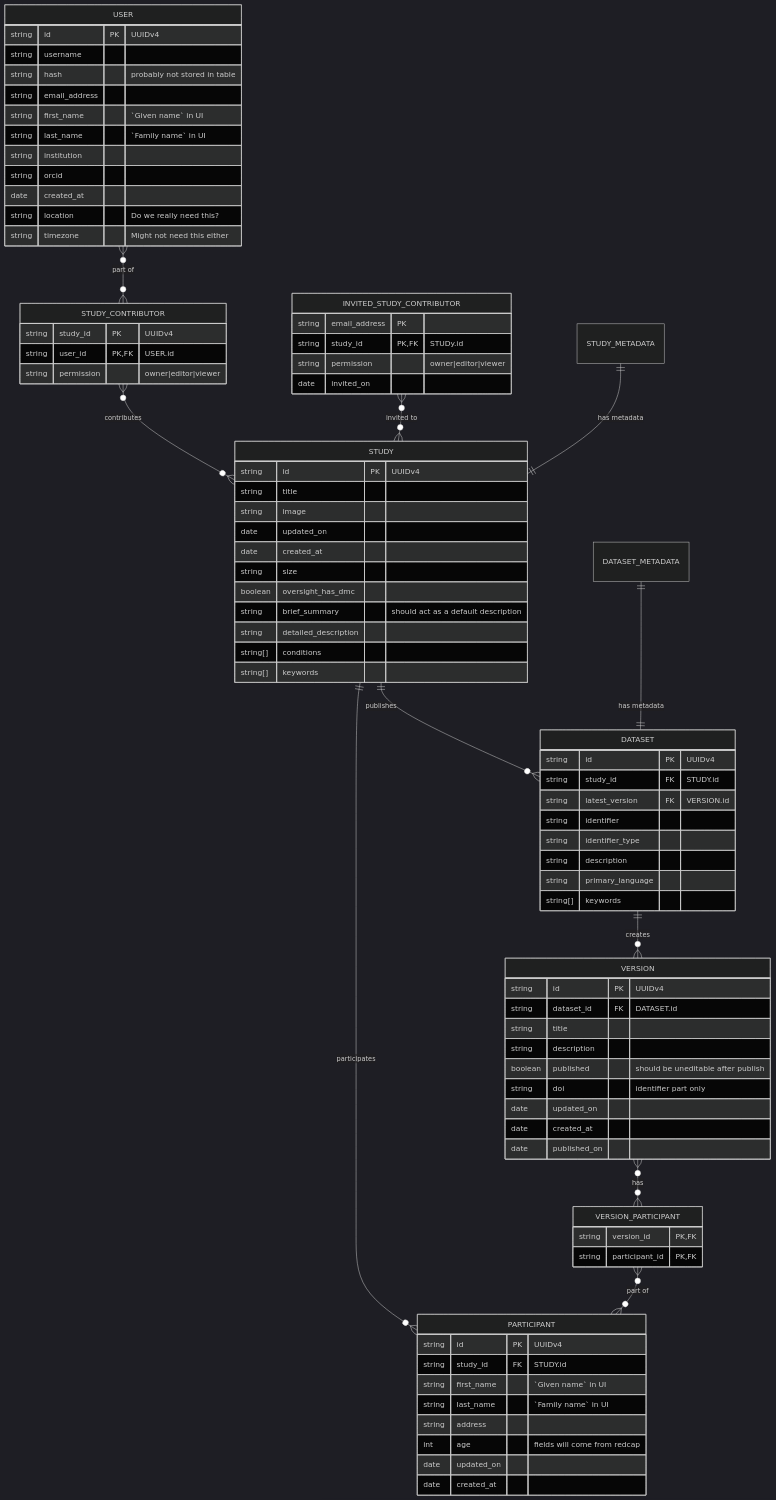
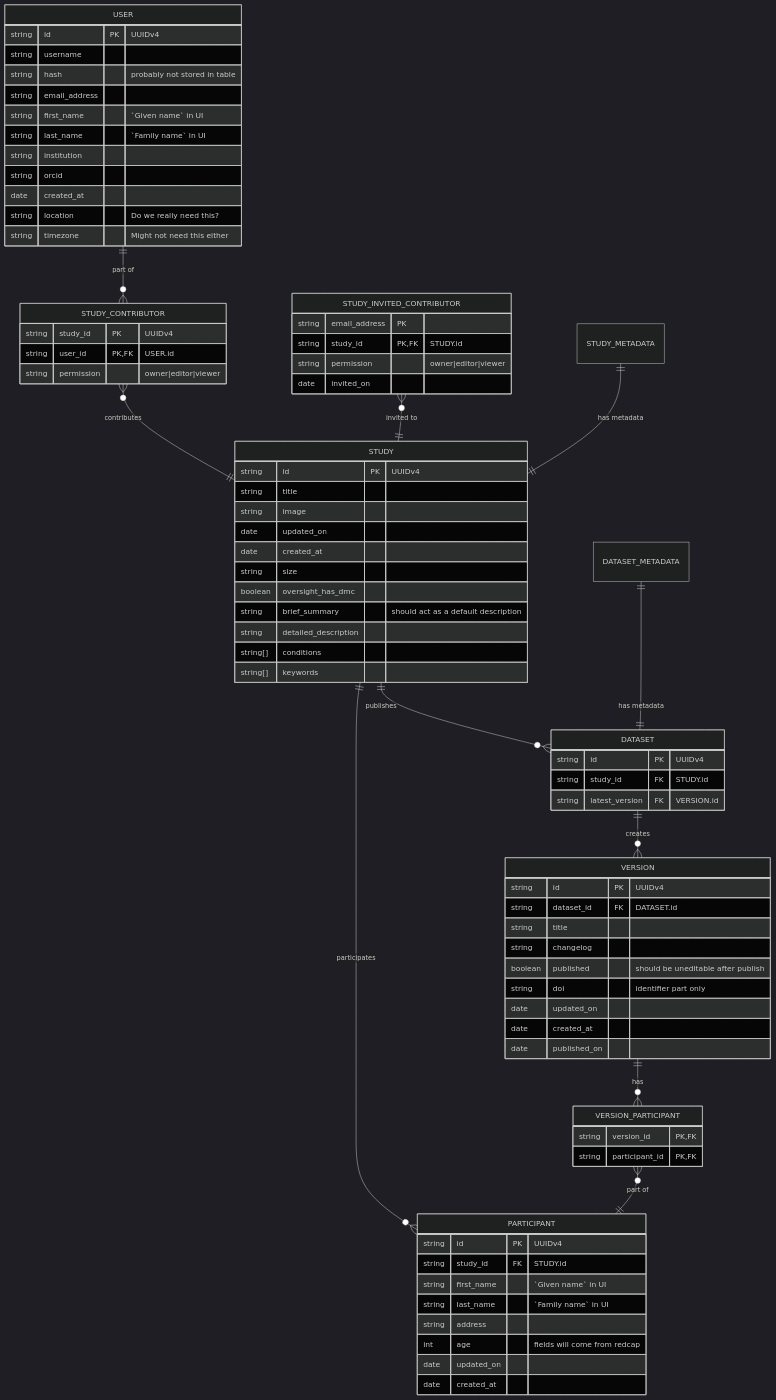
Before and after one commit to AI-READI/fairhub-developer: the diagram in docs/mermaid/database-er.mmd, drawn with Mermaid (dark theme). The commit also changed 3 other files, not shown here.

Commit message:
feat: ✨ update dataset schema

```diff
--- a/docs/mermaid/database-er.mmd
+++ b/docs/mermaid/database-er.mmd
@@ -1,95 +1,90 @@
 erDiagram
     STUDY {
         string id PK "UUIDv4"
         string title
         string image
         date updated_on
         date created_at
         string size
         boolean oversight_has_dmc
         string brief_summary "should act as a default description"
         string detailed_description
         string[] conditions
         string[] keywords
     }
 
     USER {
         string id PK "UUIDv4"
         string username
         string hash "probably not stored in table"
         string email_address
         string first_name "`Given name` in UI"
         string last_name "`Family name` in UI"
         string institution
         string orcid
         date created_at
         string location "Do we really need this?"
         string timezone "Might not need this either"
     }
 
     STUDY_CONTRIBUTOR {
         string study_id PK "UUIDv4"
         string user_id PK,FK "USER.id"
         string permission "owner|editor|viewer"
     }
 
-    INVITED_STUDY_CONTRIBUTOR {
+    STUDY_INVITED_CONTRIBUTOR {
         string email_address PK
-        string study_id PK,FK "STUDy.id"
+        string study_id PK,FK "STUDY.id"
         string permission "owner|editor|viewer"
         date invited_on
     }
 
     PARTICIPANT {
         string id PK "UUIDv4"
         string study_id FK "STUDY.id"
         string first_name "`Given name` in UI"
         string last_name "`Family name` in UI"
         string address
         int age "fields will come from redcap"
         date updated_on
         date created_at
     }
 
     DATASET {
         string id PK "UUIDv4"
         string study_id FK "STUDY.id"
         string latest_version FK "VERSION.id"
-        string identifier
-        string identifier_type
-        string description
-        string primary_language
-        string[] keywords
     }
 
     VERSION {
         string id PK "UUIDv4"
         string dataset_id FK "DATASET.id"
         string title
-        string description
+        string changelog
         boolean published "should be uneditable after publish"
         string doi "identifier part only"
         date updated_on
         date created_at
         date published_on
     }
 
      VERSION_PARTICIPANT {
         string version_id PK,FK
         string participant_id PK,FK
     }
 
-    STUDY_CONTRIBUTOR }o--o{ STUDY : contributes
-    INVITED_STUDY_CONTRIBUTOR }o--o{ STUDY : "invited to"
+    STUDY_CONTRIBUTOR }o--|| STUDY : contributes
+    STUDY_INVITED_CONTRIBUTOR }o--|| STUDY : "invited to"
     STUDY_METADATA ||--|| STUDY : "has metadata"
 
     STUDY ||--o{ DATASET : publishes
 
     DATASET_METADATA ||--|| DATASET : "has metadata"
 
     DATASET ||--o{ VERSION : creates
 
-    USER }o--o{ STUDY_CONTRIBUTOR : "part of"
+    USER ||--o{ STUDY_CONTRIBUTOR : "part of"
     PARTICIPANT }o--|| STUDY : participates
-    VERSION }o--o{ VERSION_PARTICIPANT : has
-    VERSION_PARTICIPANT }o--o{ PARTICIPANT : "part of"
+    VERSION ||--o{ VERSION_PARTICIPANT : has
+    VERSION_PARTICIPANT }o--|| PARTICIPANT : "part of"
```
